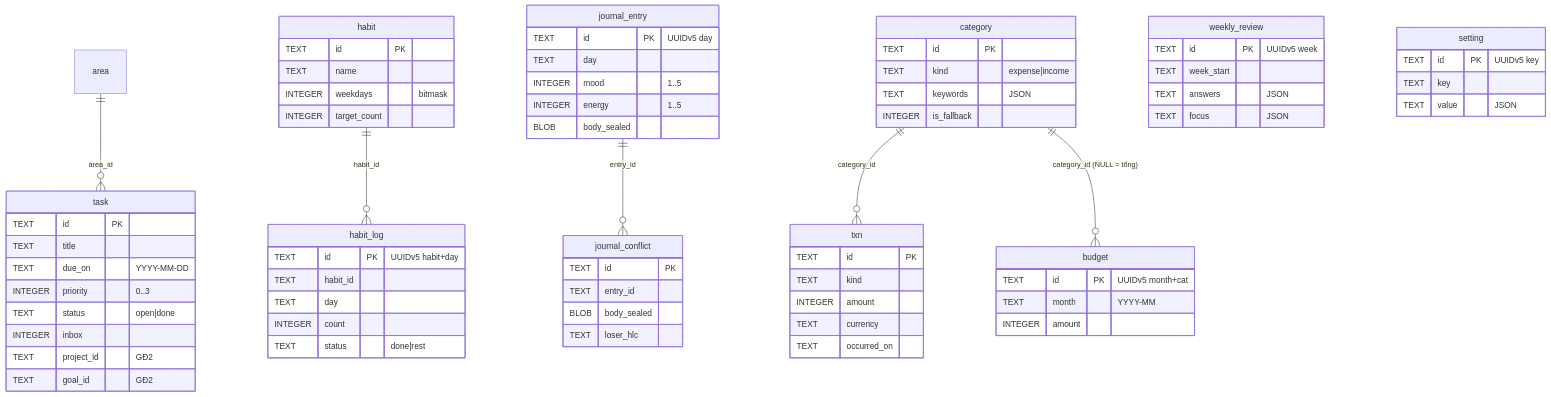
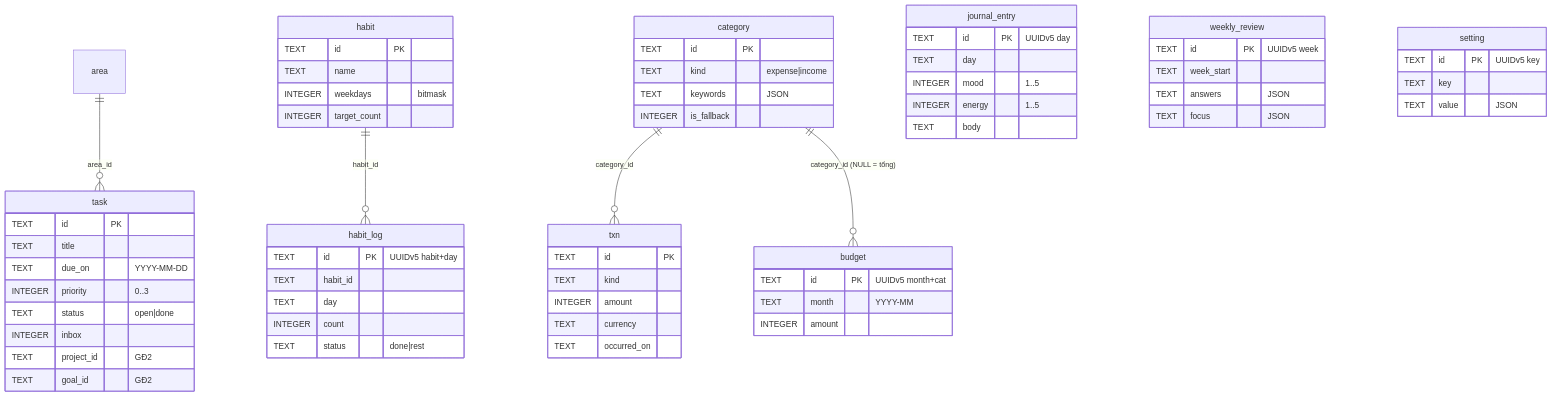
The diagram in docs/architecture/data-model.md (duong6003/Life-OS), drawn with Mermaid before and after one commit. The commit also changed other lines of this file and 71 other files, not shown here.

````diff
--- a/docs/architecture/data-model.md
+++ b/docs/architecture/data-model.md
@@ -7,73 +7,66 @@
 ```mermaid
 erDiagram
   area ||--o{ task : "area_id"
   habit ||--o{ habit_log : "habit_id"
-  journal_entry ||--o{ journal_conflict : "entry_id"
   category ||--o{ txn : "category_id"
   category ||--o{ budget : "category_id (NULL = tổng)"
   task {
     TEXT id PK
     TEXT title
     TEXT due_on "YYYY-MM-DD"
     INTEGER priority "0..3"
     TEXT status "open|done"
     INTEGER inbox
     TEXT project_id "GĐ2"
     TEXT goal_id "GĐ2"
   }
   habit {
     TEXT id PK
     TEXT name
     INTEGER weekdays "bitmask"
     INTEGER target_count
   }
   habit_log {
     TEXT id PK "UUIDv5 habit+day"
     TEXT habit_id
     TEXT day
     INTEGER count
     TEXT status "done|rest"
   }
   journal_entry {
     TEXT id PK "UUIDv5 day"
     TEXT day
     INTEGER mood "1..5"
     INTEGER energy "1..5"
-    BLOB body_sealed
-  }
-  journal_conflict {
-    TEXT id PK
-    TEXT entry_id
-    BLOB body_sealed
-    TEXT loser_hlc
+    TEXT body
   }
   category {
     TEXT id PK
     TEXT kind "expense|income"
     TEXT keywords "JSON"
     INTEGER is_fallback
   }
   txn {
     TEXT id PK
     TEXT kind
     INTEGER amount
     TEXT currency
     TEXT occurred_on
   }
   budget {
     TEXT id PK "UUIDv5 month+cat"
     TEXT month "YYYY-MM"
     INTEGER amount
   }
   weekly_review {
     TEXT id PK "UUIDv5 week"
     TEXT week_start
     TEXT answers "JSON"
     TEXT focus "JSON"
   }
   setting {
     TEXT id PK "UUIDv5 key"
     TEXT key
     TEXT value "JSON"
   }
 ```
````
